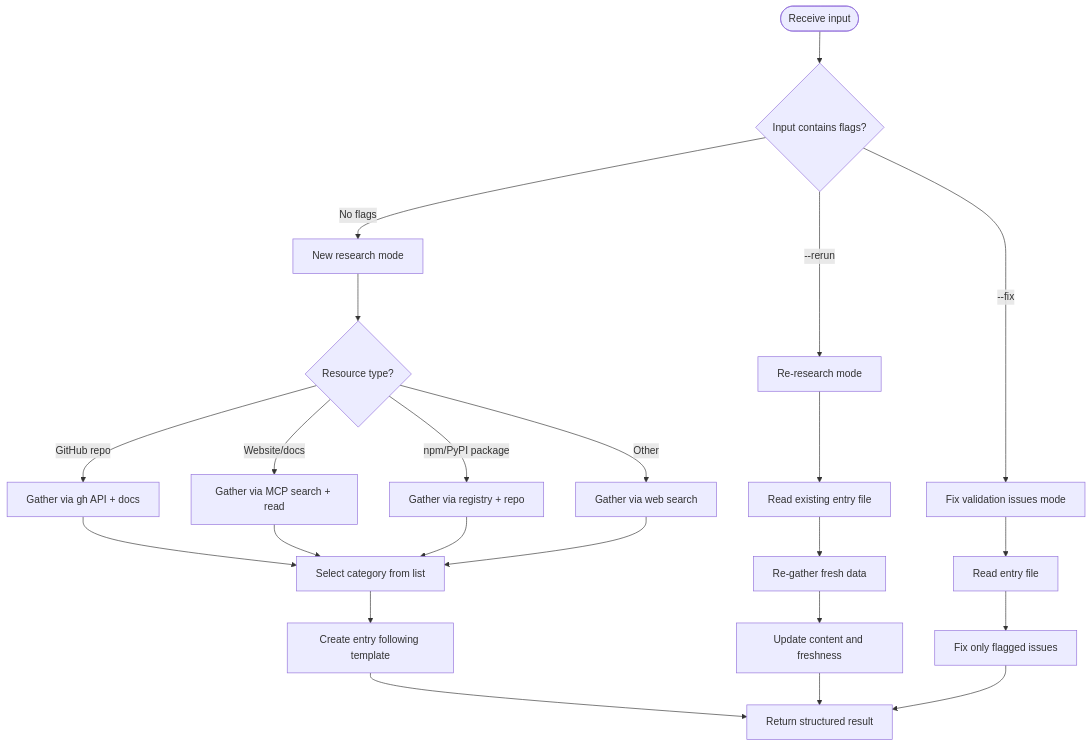
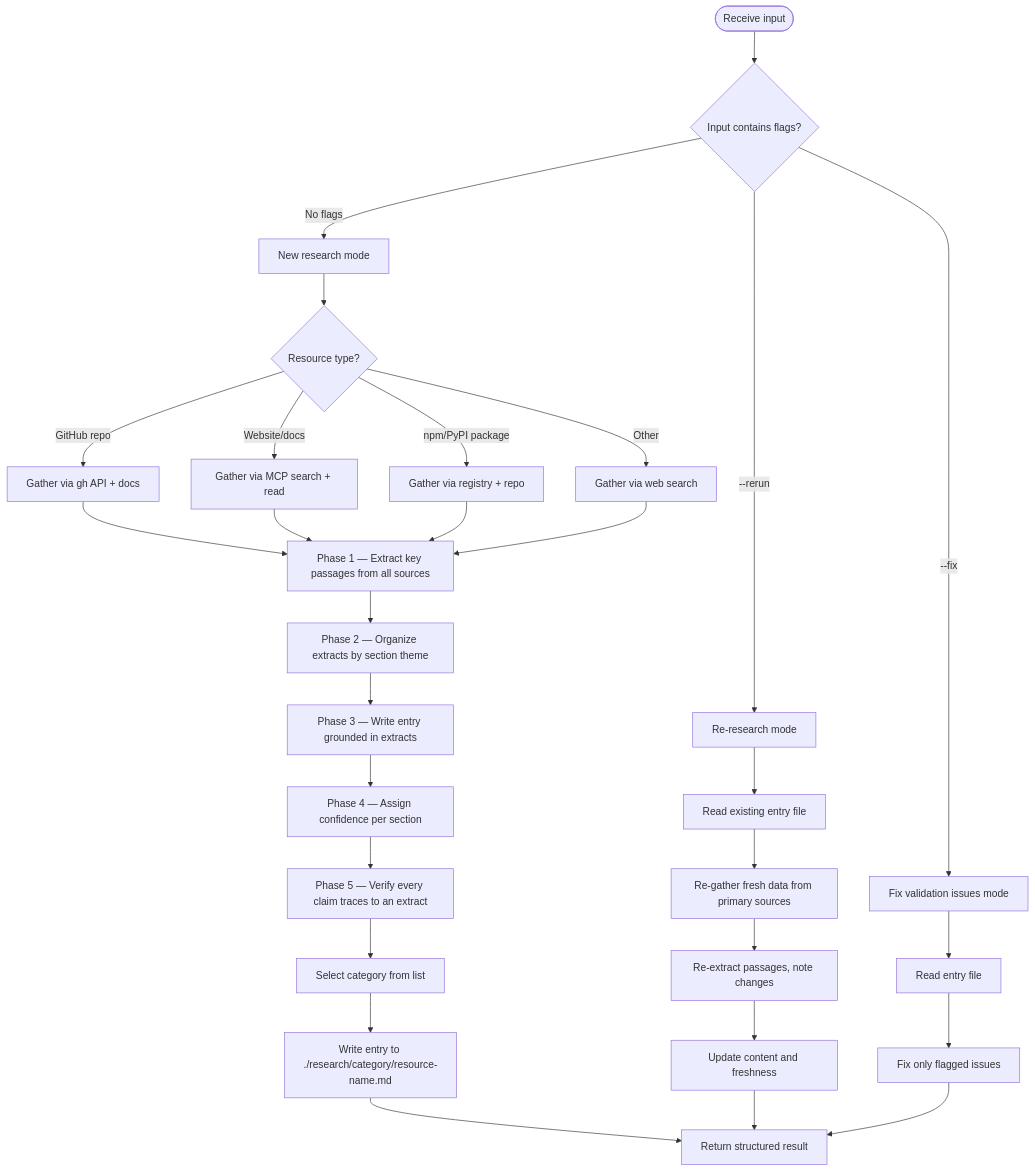
One commit to chgreer1070/claude_skills changed the first of 2 diagrams in .claude/agents/research-curator.md. Above: the diagram before and after it, drawn with Mermaid. The commit also changed other lines of this file, not shown here.

First line of the commit message:
feat(agents): rewrite research-curator with extractive methodology from summarizer

````diff
--- a/.claude/agents/research-curator.md
+++ b/.claude/agents/research-curator.md
@@ -21,30 +21,36 @@
 ```mermaid
 flowchart TD
     Start([Receive input]) --> CheckFlags{Input contains flags?}
     CheckFlags -->|--rerun| Rerun[Re-research mode]
     CheckFlags -->|--fix| Fix[Fix validation issues mode]
     CheckFlags -->|No flags| New[New research mode]
 
     New --> Identify{Resource type?}
     Identify -->|GitHub repo| GH[Gather via gh API + docs]
     Identify -->|Website/docs| Web[Gather via MCP search + read]
     Identify -->|npm/PyPI package| Pkg[Gather via registry + repo]
     Identify -->|Other| Other[Gather via web search]
 
-    GH --> SelectCat[Select category from list]
-    Web --> SelectCat
-    Pkg --> SelectCat
-    Other --> SelectCat
+    GH --> Extract[Phase 1 — Extract key passages from all sources]
+    Web --> Extract
+    Pkg --> Extract
+    Other --> Extract
 
-    SelectCat --> CreateEntry[Create entry following template]
-    CreateEntry --> Return[Return structured result]
+    Extract --> Organize[Phase 2 — Organize extracts by section theme]
+    Organize --> Write[Phase 3 — Write entry grounded in extracts]
+    Write --> Confidence[Phase 4 — Assign confidence per section]
+    Confidence --> Validate[Phase 5 — Verify every claim traces to an extract]
+    Validate --> SelectCat[Select category from list]
+    SelectCat --> WriteFile[Write entry to ./research/category/resource-name.md]
+    WriteFile --> Return[Return structured result]
 
     Rerun --> ReadExisting[Read existing entry file]
-    ReadExisting --> ReGather[Re-gather fresh data]
-    ReGather --> UpdateEntry[Update content and freshness]
+    ReadExisting --> ReGather[Re-gather fresh data from primary sources]
+    ReGather --> ReExtract[Re-extract passages, note changes]
+    ReExtract --> UpdateEntry[Update content and freshness]
     UpdateEntry --> Return
 
     Fix --> ReadEntry[Read entry file]
     ReadEntry --> FixIssues[Fix only flagged issues]
     FixIssues --> Return
 ```
````
